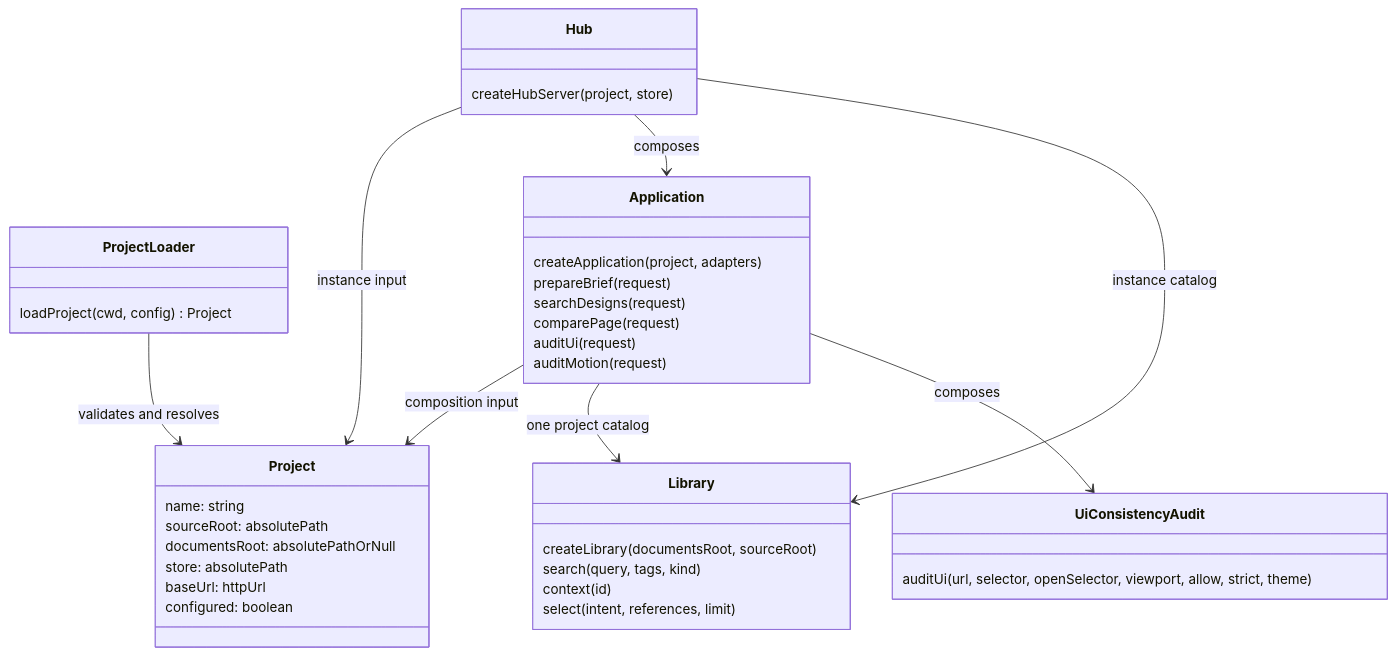
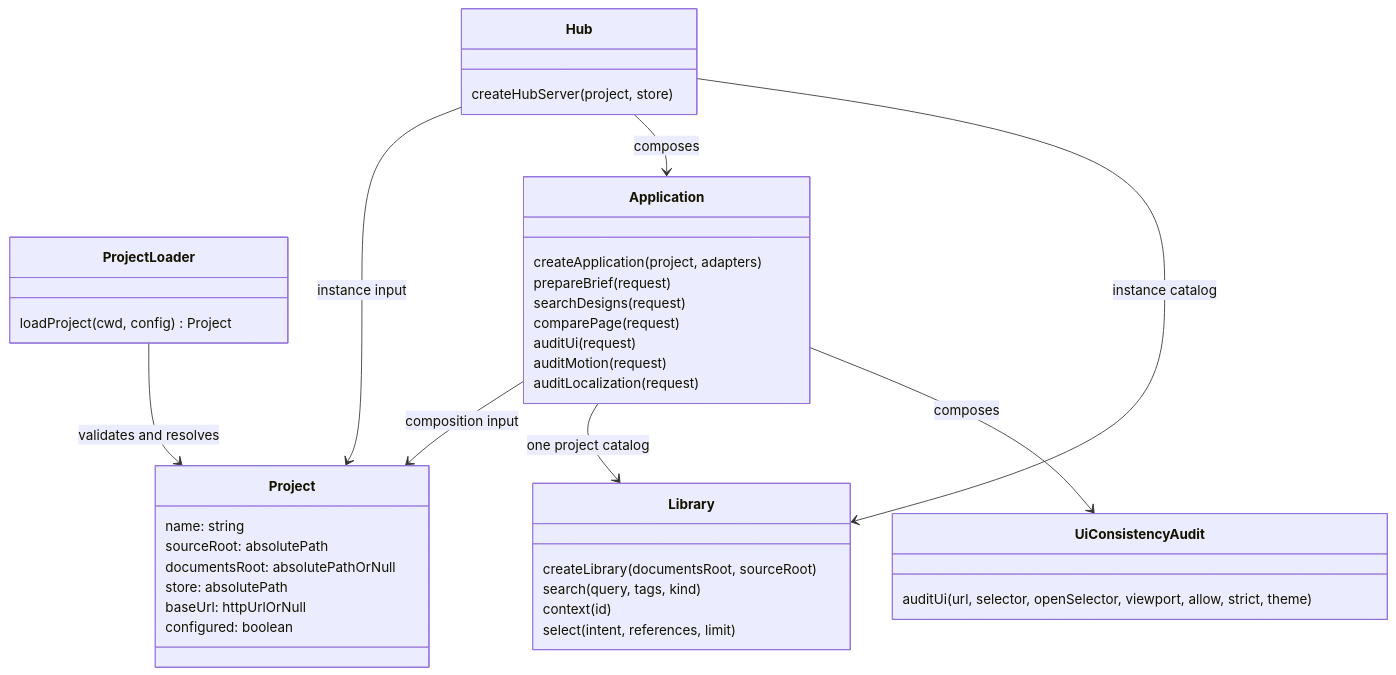
One commit to pollux-o4/design-home changed the diagram in design-compare/docs/architecture/c4-code.md. Above: the diagram before and after it, drawn with Mermaid. The commit also changed other lines of this file and 39 other files, not shown here.

````diff
--- a/design-compare/docs/architecture/c4-code.md
+++ b/design-compare/docs/architecture/c4-code.md
@@ -5,41 +5,42 @@
 ```mermaid
 classDiagram
   class Project {
     name: string
     sourceRoot: absolutePath
     documentsRoot: absolutePathOrNull
     store: absolutePath
-    baseUrl: httpUrl
+    baseUrl: httpUrlOrNull
     configured: boolean
   }
   class ProjectLoader {
     loadProject(cwd, config) Project
   }
   class Library {
     createLibrary(documentsRoot, sourceRoot)
     search(query, tags, kind)
     context(id)
     select(intent, references, limit)
   }
   class Application {
     createApplication(project, adapters)
     prepareBrief(request)
     searchDesigns(request)
     comparePage(request)
     auditUi(request)
     auditMotion(request)
+    auditLocalization(request)
   }
   class UiConsistencyAudit {
     auditUi(url, selector, openSelector, viewport, allow, strict, theme)
   }
   class Hub {
     createHubServer(project, store)
   }
   ProjectLoader --> Project : validates and resolves
   Application --> Project : composition input
   Application --> Library : one project catalog
   Application --> UiConsistencyAudit : composes
   Hub --> Project : instance input
   Hub --> Application : composes
   Hub --> Library : instance catalog
 ```
````
